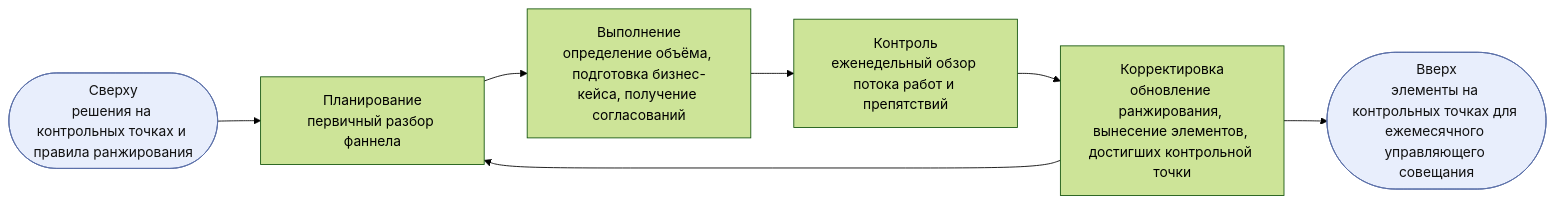
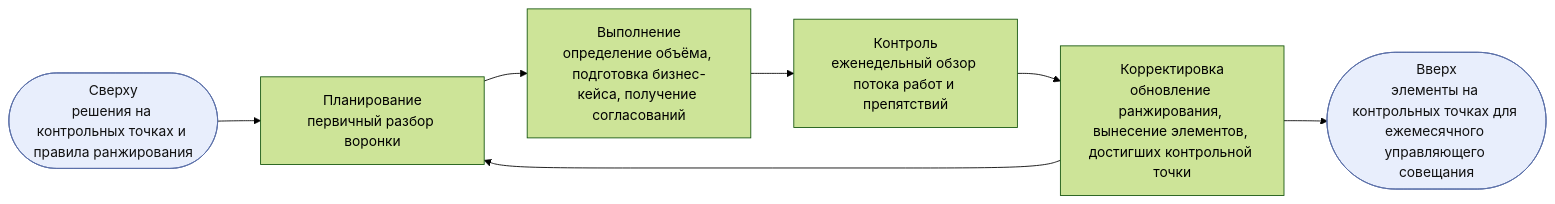
The fourth of 8 diagrams in charter/ru/documents/portfolio-management-model.md (devhogu/ob-aicc), drawn with Mermaid (forest theme) before and after one commit. The commit also changed other lines of this file and 131 other files, not shown here.

````diff
--- a/charter/ru/documents/portfolio-management-model.md
+++ b/charter/ru/documents/portfolio-management-model.md
@@ -114,7 +114,7 @@
 ```mermaid
 flowchart LR
   IN(["Сверху<br/>решения на контрольных точках и правила ранжирования"]):::iface --> P
-  P["Планирование<br/>первичный разбор фаннела"] --> D["Выполнение<br/>определение объёма, подготовка бизнес-кейса, получение согласований"] --> C["Контроль<br/>еженедельный обзор потока работ и препятствий"] --> A["Корректировка<br/>обновление ранжирования, вынесение элементов, достигших контрольной точки"] --> P
+  P["Планирование<br/>первичный разбор воронки"] --> D["Выполнение<br/>определение объёма, подготовка бизнес-кейса, получение согласований"] --> C["Контроль<br/>еженедельный обзор потока работ и препятствий"] --> A["Корректировка<br/>обновление ранжирования, вынесение элементов, достигших контрольной точки"] --> P
   A --> UP(["Вверх<br/>элементы на контрольных точках для ежемесячного управляющего совещания"]):::iface
   classDef iface fill:#e8eefc,stroke:#5a6fa8,color:#111
 ```
````
